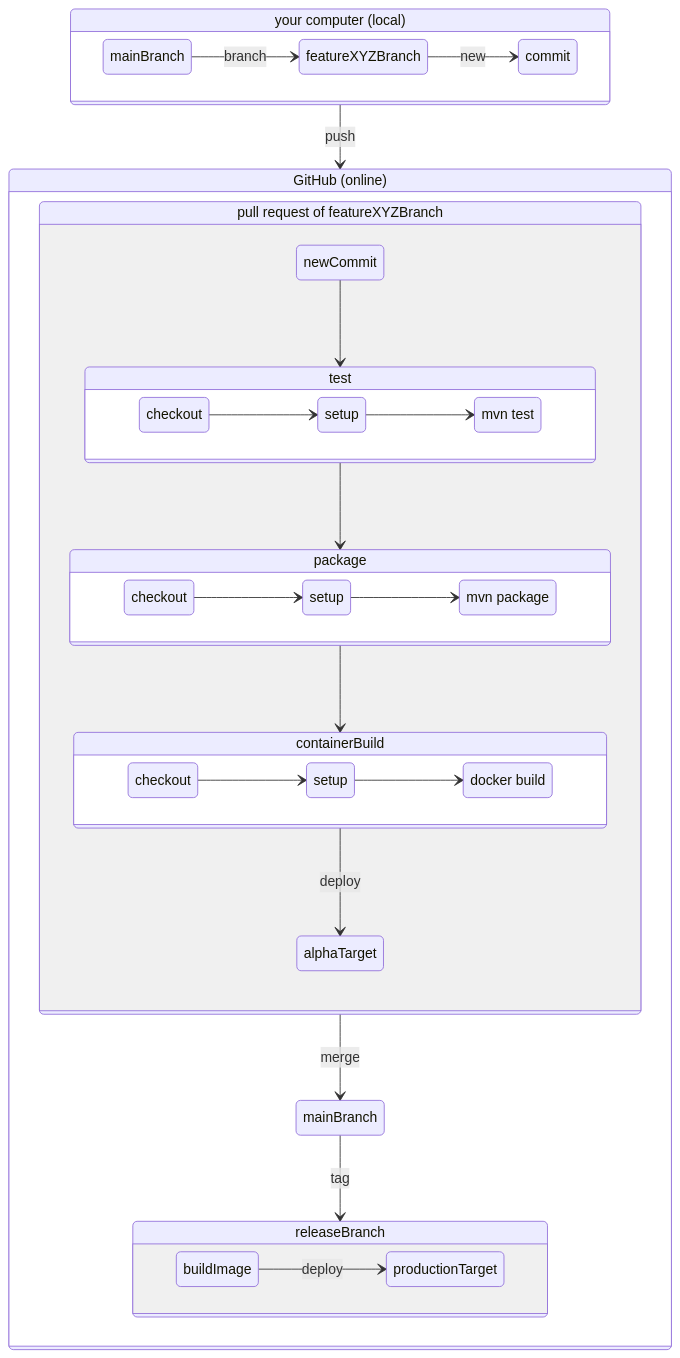
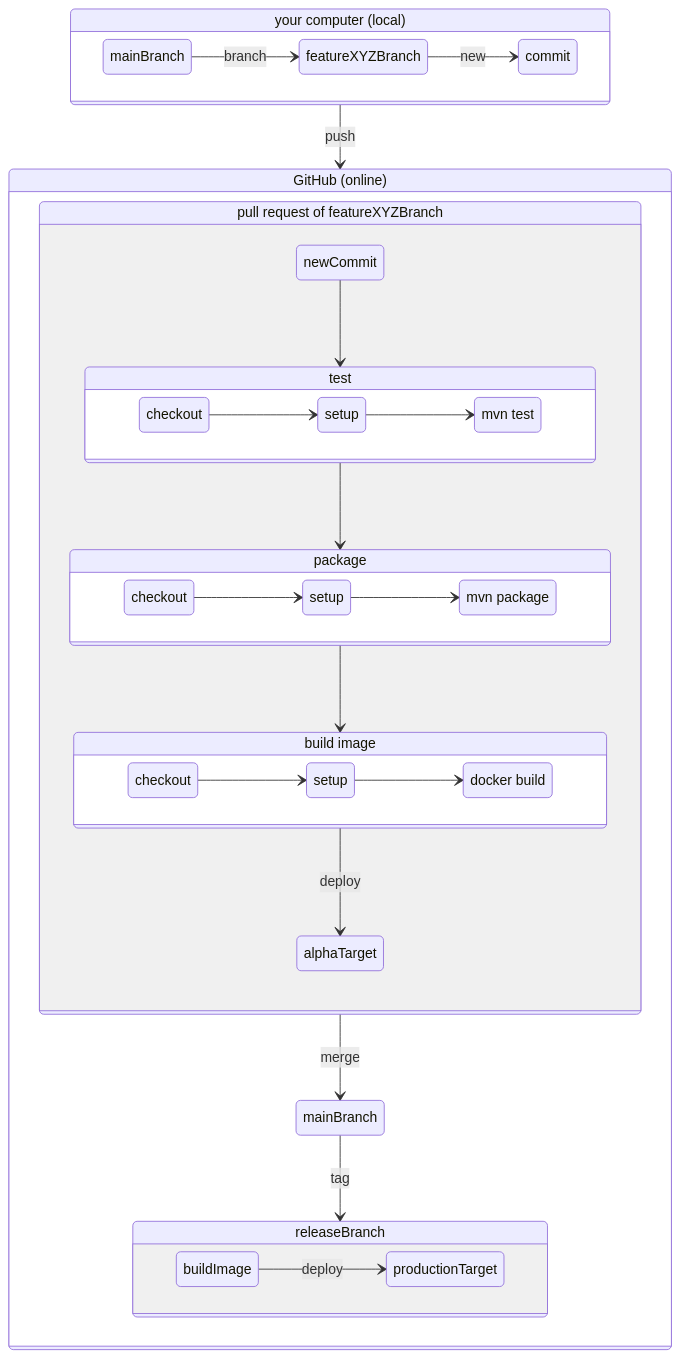
The second of 3 diagrams in README.md (hsd-inflab/se3), drawn with Mermaid before and after one commit. The commit also changed other lines of this file, not shown here.

````diff
--- a/README.md
+++ b/README.md
@@ -46,64 +48,65 @@
 ```mermaid
 stateDiagram
   local: your computer (local)
   localMain: mainBranch
   localFeature: featureXYZBranch
   
   online: GitHub (online)
   pr: pull request of featureXYZBranch
   onlineMain: mainBranch
   onlineRelease: releaseBranch
   containerTest: test
   containerTestCheckout: checkout
   containerTestSetup: setup
   containerTestTest: mvn test
   containerPackage: package
   containerPackageCheckout: checkout
   containerPackageSetup: setup
   containerPackagePackage: mvn package
+  containerBuild: build image
   containerBuildImage: docker build
   containerBuildImageCheckout: checkout
   containerBuildImageSetup: setup
 
   state local {
     direction LR
     localMain --> localFeature : branch
     localFeature --> commit : new
   }
   
   local--> online : push
   state online {
 
     state pr {
       newCommit --> containerTest
       state containerTest {
         direction LR
         containerTestCheckout --> containerTestSetup
         containerTestSetup --> containerTestTest
       }
       containerTest --> containerPackage
       state containerPackage {
         direction LR
         containerPackageCheckout --> containerPackageSetup
         containerPackageSetup --> containerPackagePackage
       }
    
       state containerBuild {
         direction LR
         containerBuildImageCheckout --> containerBuildImageSetup
         containerBuildImageSetup --> containerBuildImage
       }
       containerPackage --> containerBuild
       containerBuild --> alphaTarget : deploy
     }    
     pr --> onlineMain : merge
 
     onlineMain --> onlineRelease : tag
 
     state onlineRelease {
       direction LR
       buildImage --> productionTarget : deploy
     }   
   }
   
 ```
````
